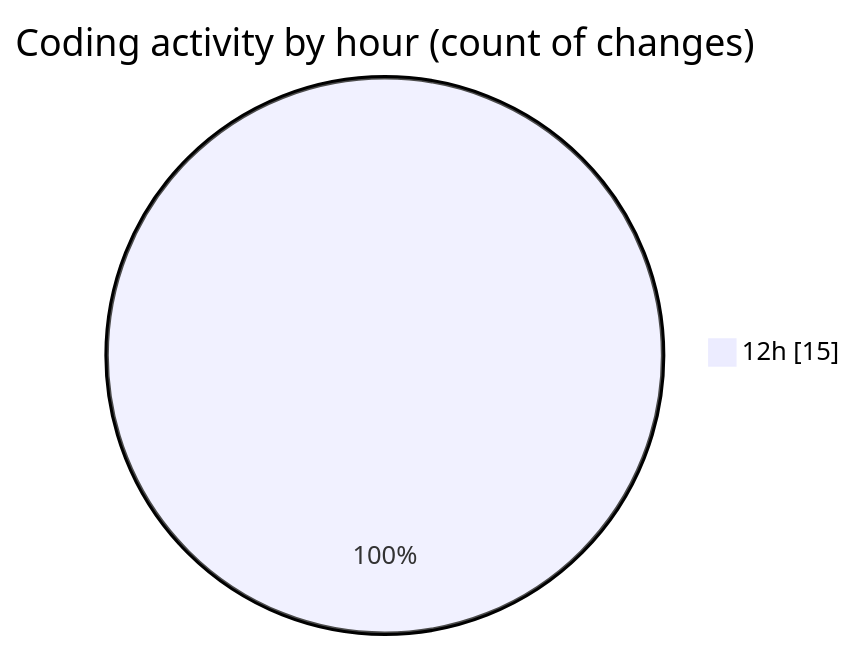
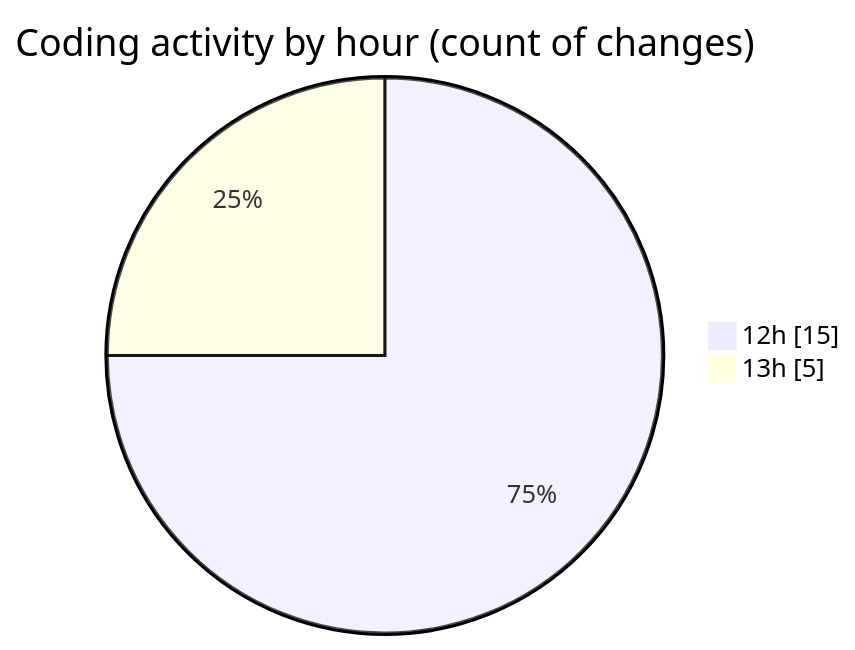
Before and after one commit to LanceThiago/code-tracking: the second of 2 diagrams in 2026-09-09/fz3temp-2/README.md, drawn with Mermaid. The commit also changed other lines of this file and 1 other file, not shown here.

````diff
--- a/2026-09-09/fz3temp-2/README.md
+++ b/2026-09-09/fz3temp-2/README.md
@@ -40,5 +42,6 @@
 ```mermaid
 pie showData
 title Coding activity by hour (count of changes)
 "12h" : 15
+"13h" : 5
 ```
````
